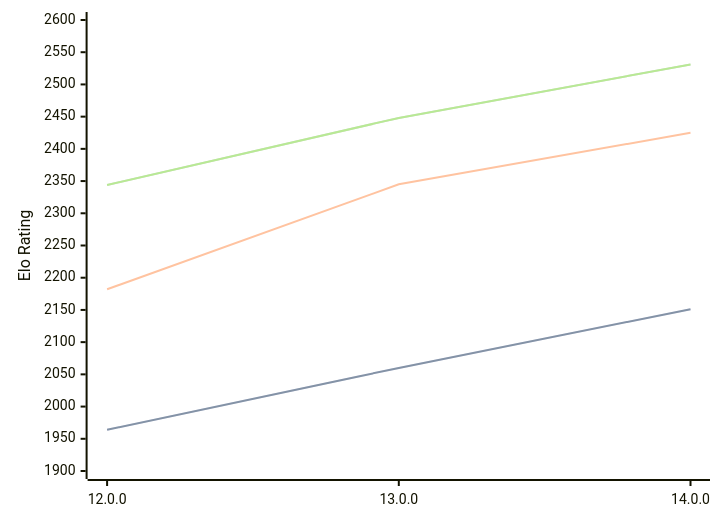
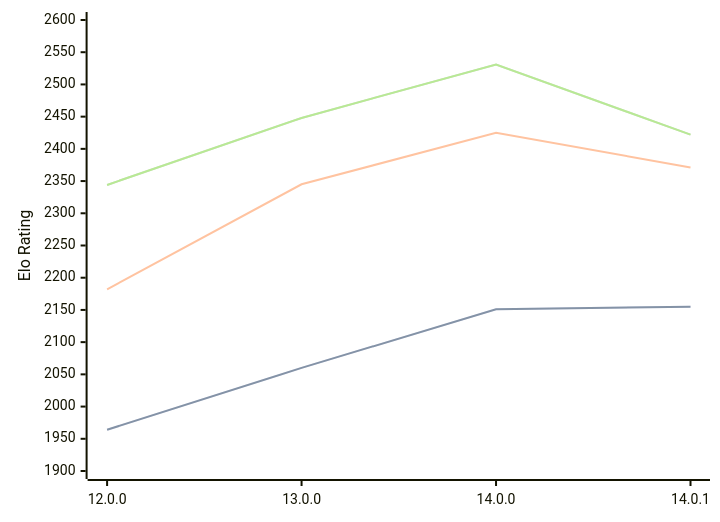
One commit to computer-chess-index/cci changed the diagram in engines/Cepimetheus.md. Above: the diagram before and after it, drawn with Mermaid. The commit also changed other lines of this file, not shown here.

Commit message:
Update CCI Ratings (ELO VLTC) - 2026-08-05

````diff
--- a/engines/Cepimetheus.md
+++ b/engines/Cepimetheus.md
@@ -66,11 +66,11 @@
 ```mermaid
 %%{init: {"theme":"base","themeVariables":{"seriesColors:['#a3a3a3','#222221','#faa371']}}}%%
 xychart-beta
-  x-axis ["12.0.0", "13.0.0", "14.0.0"]
+  x-axis ["12.0.0", "13.0.0", "14.0.0", "14.0.1"]
   y-axis "Elo Rating" 1900 --> 2600
-  line "STC (8.0+0.08s)" [1964, 2060, 2151]
-  line "STC (8.0+0.08s)" [1964, 2060, 2151]
-  line "LTC (60.0+0.60s)" [2182, 2345, 2425]
-  line "VLTC (2m24s+1.12s)" [2344, 2448, 2531]
-  line "VLTC (2m24s+1.12s)" [2344, 2448, 2531]
+  line "STC (8.0+0.08s)" [1964, 2060, 2151, 2155]
+  line "STC (8.0+0.08s)" [1964, 2060, 2151, 2155]
+  line "LTC (60.0+0.60s)" [2182, 2345, 2425, 2371]
+  line "VLTC (2m24s+1.12s)" [2344, 2448, 2531, 2422]
+  line "VLTC (2m24s+1.12s)" [2344, 2448, 2531, 2422]
 ```
````
